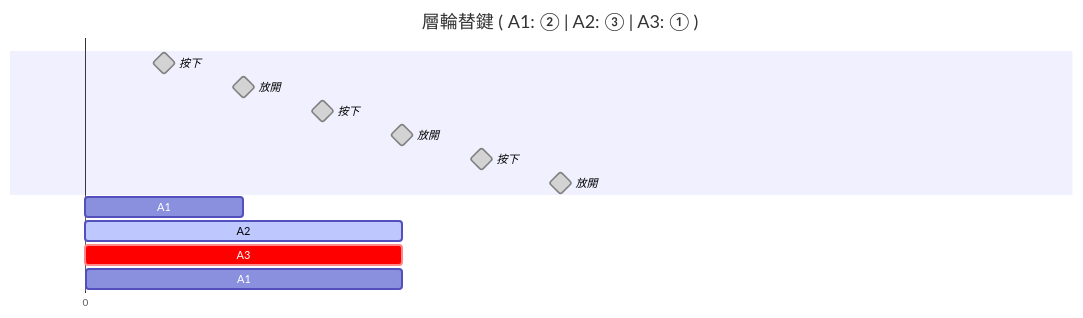
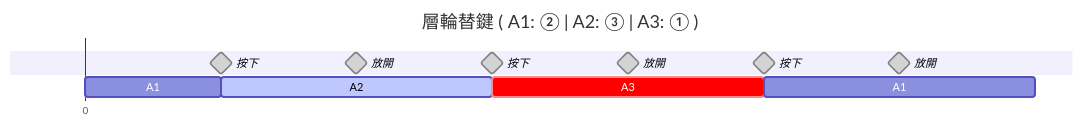
Before and after one commit to andy23512/blog-diagrams: the diagram in diagrams/zh-tw/layer-rotator.mmd, drawn with Mermaid. The commit also changed 13 other files, not shown here.

First line of the commit message:
chore(deps): upgrade mermaid to 11.17.2 and puppeteer to 25

```diff
--- a/diagrams/zh-tw/layer-rotator.mmd
+++ b/diagrams/zh-tw/layer-rotator.mmd
@@ -1,20 +1,20 @@
 ---
 displayMode: compact
 ---
 gantt
-    dateFormat X
+    dateFormat x
     axisFormat %s
     title 層輪替鍵 ( A1: ② | A2: ③ | A3: ① )
     section ㅤ
-    按下: milestone, done, 1, 1
-    放開: milestone, done, 2, 2
-    按下: milestone, done, 3, 3
-    放開: milestone, done, 4, 4
-    按下: milestone, done, 5, 5
-    放開: milestone, done, 6, 6
+    按下: milestone, done, 1000, 1000
+    放開: milestone, done, 2000, 2000
+    按下: milestone, done, 3000, 3000
+    放開: milestone, done, 4000, 4000
+    按下: milestone, done, 5000, 5000
+    放開: milestone, done, 6000, 6000
     tickInterval 1day
     section ㅤㅤ
     A1: 0, 1s
-    A2: active, 1, 2s
-    A3: crit, 3, 2s
-    A1: 5, 2s
+    A2: active, 1000, 2s
+    A3: crit, 3000, 2s
+    A1: 5000, 2s
```
